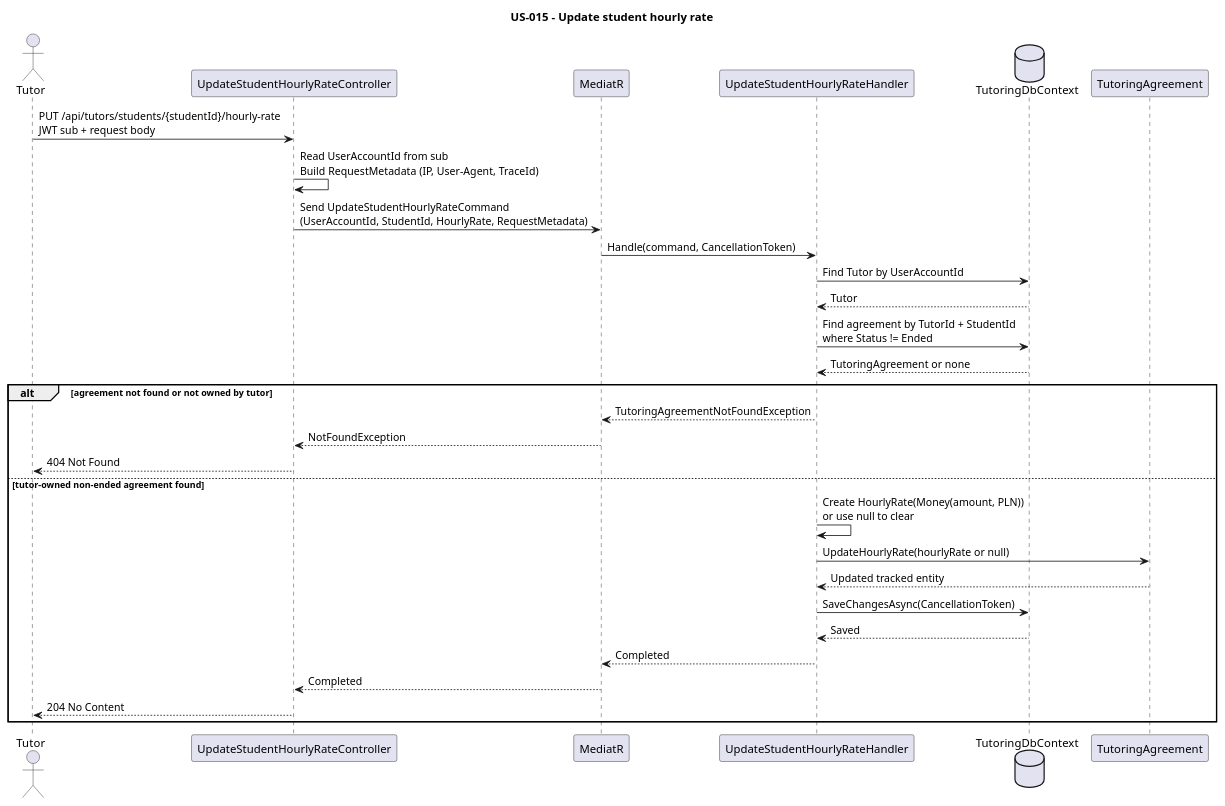
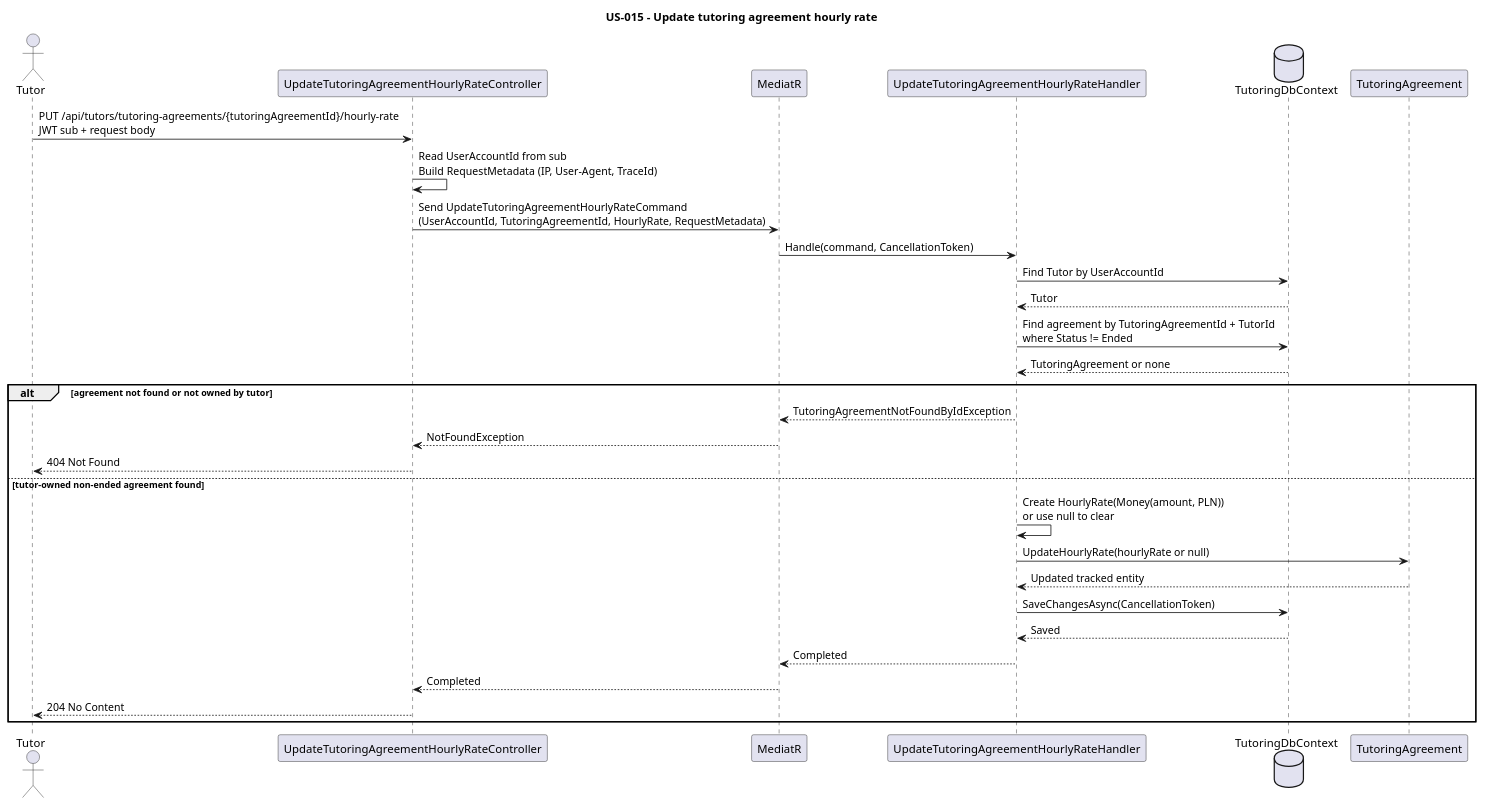
Before and after one commit to JStec0312/Tutoring-CRM-System: the diagram in docs/technical_docs/backend_docs/user_stories/us_015/diagrams/update_student_hourly_rate.puml, drawn with PlantUML. The commit also changed 8 other files, not shown here.

Commit message:
Rebuilt and endpoint now an hourly rate is managed via tutoring agreement - not a student:

```diff
--- a/docs/technical_docs/backend_docs/user_stories/us_015/diagrams/update_student_hourly_rate.puml
+++ b/docs/technical_docs/backend_docs/user_stories/us_015/diagrams/update_student_hourly_rate.puml
@@ -1,37 +1,37 @@
 @startuml
 
-title US-015 - Update student hourly rate
+title US-015 - Update tutoring agreement hourly rate
 
 actor Tutor
-participant "UpdateStudentHourlyRateController" as Controller
+participant "UpdateTutoringAgreementHourlyRateController" as Controller
 participant MediatR
-participant "UpdateStudentHourlyRateHandler" as Handler
+participant "UpdateTutoringAgreementHourlyRateHandler" as Handler
 database "TutoringDbContext" as Db
 participant "TutoringAgreement" as Agreement
 
-Tutor -> Controller: PUT /api/tutors/students/{studentId}/hourly-rate\nJWT sub + request body
+Tutor -> Controller: PUT /api/tutors/tutoring-agreements/{tutoringAgreementId}/hourly-rate\nJWT sub + request body
 Controller -> Controller: Read UserAccountId from sub\nBuild RequestMetadata (IP, User-Agent, TraceId)
-Controller -> MediatR: Send UpdateStudentHourlyRateCommand\n(UserAccountId, StudentId, HourlyRate, RequestMetadata)
+Controller -> MediatR: Send UpdateTutoringAgreementHourlyRateCommand\n(UserAccountId, TutoringAgreementId, HourlyRate, RequestMetadata)
 MediatR -> Handler: Handle(command, CancellationToken)
 
 Handler -> Db: Find Tutor by UserAccountId
 Db --> Handler: Tutor
-Handler -> Db: Find agreement by TutorId + StudentId\nwhere Status != Ended
+Handler -> Db: Find agreement by TutoringAgreementId + TutorId\nwhere Status != Ended
 Db --> Handler: TutoringAgreement or none
 
 alt agreement not found or not owned by tutor
-    Handler --> MediatR: TutoringAgreementNotFoundException
+    Handler --> MediatR: TutoringAgreementNotFoundByIdException
     MediatR --> Controller: NotFoundException
     Controller --> Tutor: 404 Not Found
 else tutor-owned non-ended agreement found
     Handler -> Handler: Create HourlyRate(Money(amount, PLN))\nor use null to clear
     Handler -> Agreement: UpdateHourlyRate(hourlyRate or null)
     Agreement --> Handler: Updated tracked entity
     Handler -> Db: SaveChangesAsync(CancellationToken)
     Db --> Handler: Saved
     Handler --> MediatR: Completed
     MediatR --> Controller: Completed
     Controller --> Tutor: 204 No Content
 end
 
 @enduml
```
